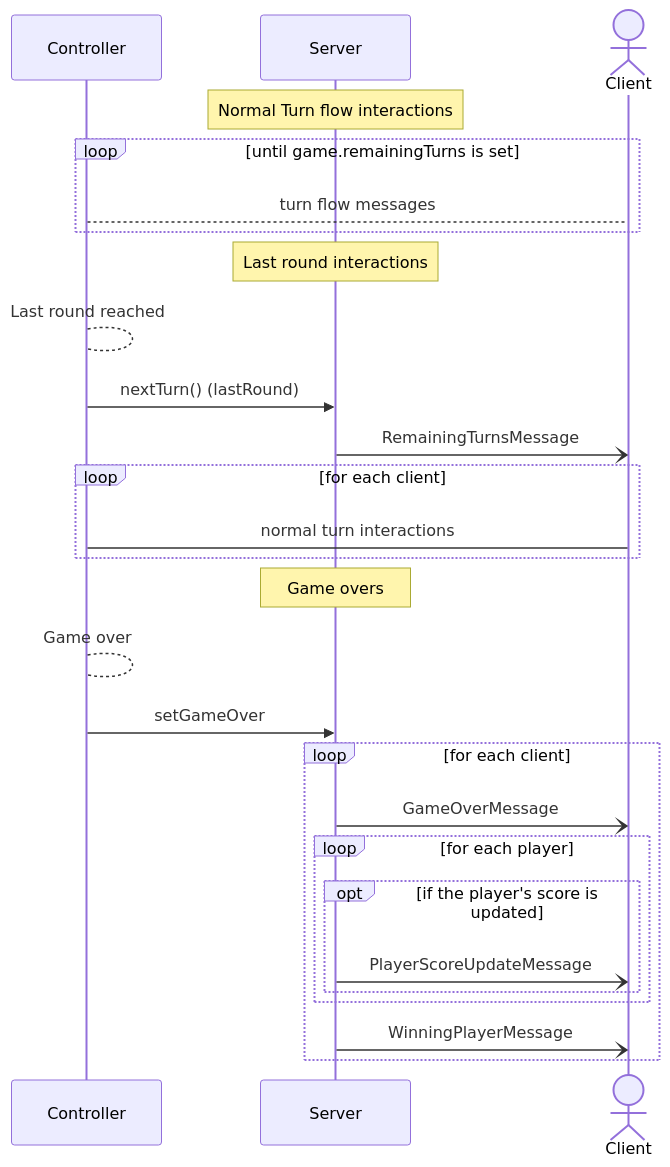
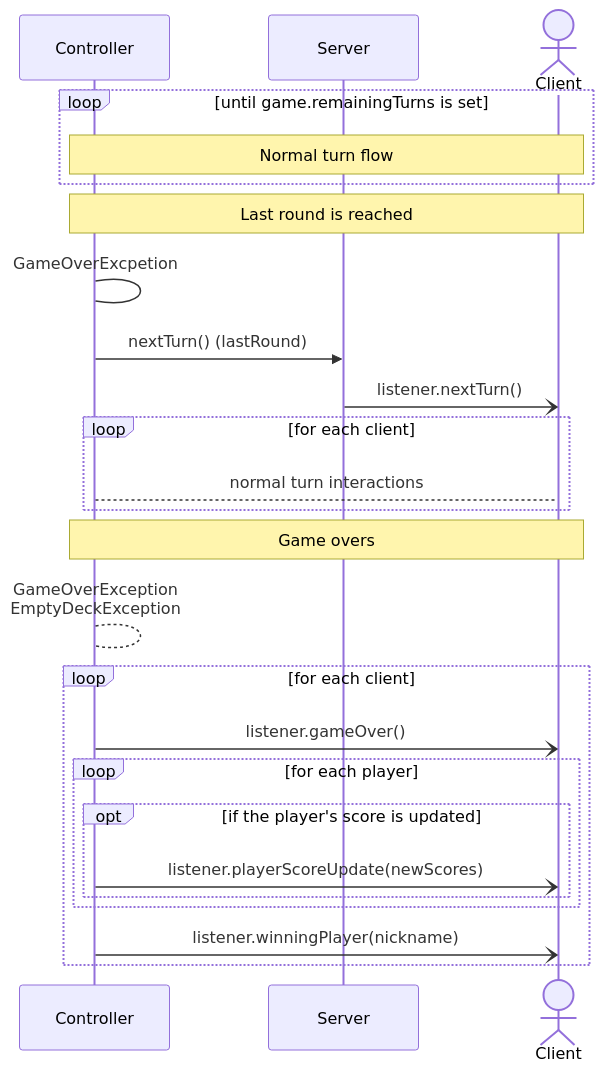
Before and after one commit to frephs/IS24-AM21: the eighth of 9 diagrams in documentation_wip/network_protocol.md, drawn with Mermaid. The commit also changed other lines of this file, not shown here.

````diff
--- a/documentation_wip/network_protocol.md
+++ b/documentation_wip/network_protocol.md
@@ -327,33 +318,31 @@
 ```mermaid
 sequenceDiagram
     participant Controller
     participant Server
     actor Client
 
-    Note over Server: Normal Turn flow interactions
     loop until game.remainingTurns is set
-        Controller --> Client : turn flow messages 
+        Note over Controller, Client : Normal turn flow
     end 
 
-    Note over Server: Last round interactions
-    Controller --> Controller: Last round reached
+    Note over Controller, Client: Last round is reached
+    Controller -> Controller: GameOverExcpetion 
     Controller ->> Server: nextTurn() (lastRound)
 
-    Server -) Client : RemainingTurnsMessage 
+    Server -) Client : listener.nextTurn() 
     loop for each client 
-        Controller -> Client : normal turn interactions 
+        Controller --> Client : normal turn interactions 
     end 
     
-    Note over Server: Game overs
-    Controller --> Controller: Game over
-    Controller ->> Server: setGameOver
+    Note over Controller, Client: Game overs
+    Controller --> Controller: GameOverException <br> EmptyDeckException
     loop for each client 
-        Server -) Client : GameOverMessage
+        Controller -) Client : listener.gameOver()
         loop for each player
             opt if the player's score is updated
-                Server -) Client : PlayerScoreUpdateMessage
+                Controller -) Client : listener.playerScoreUpdate(newScores)
             end
         end
-        Server -) Client : WinningPlayerMessage  
+        Controller -) Client : listener.winningPlayer(nickname)
     end
 ```
````
